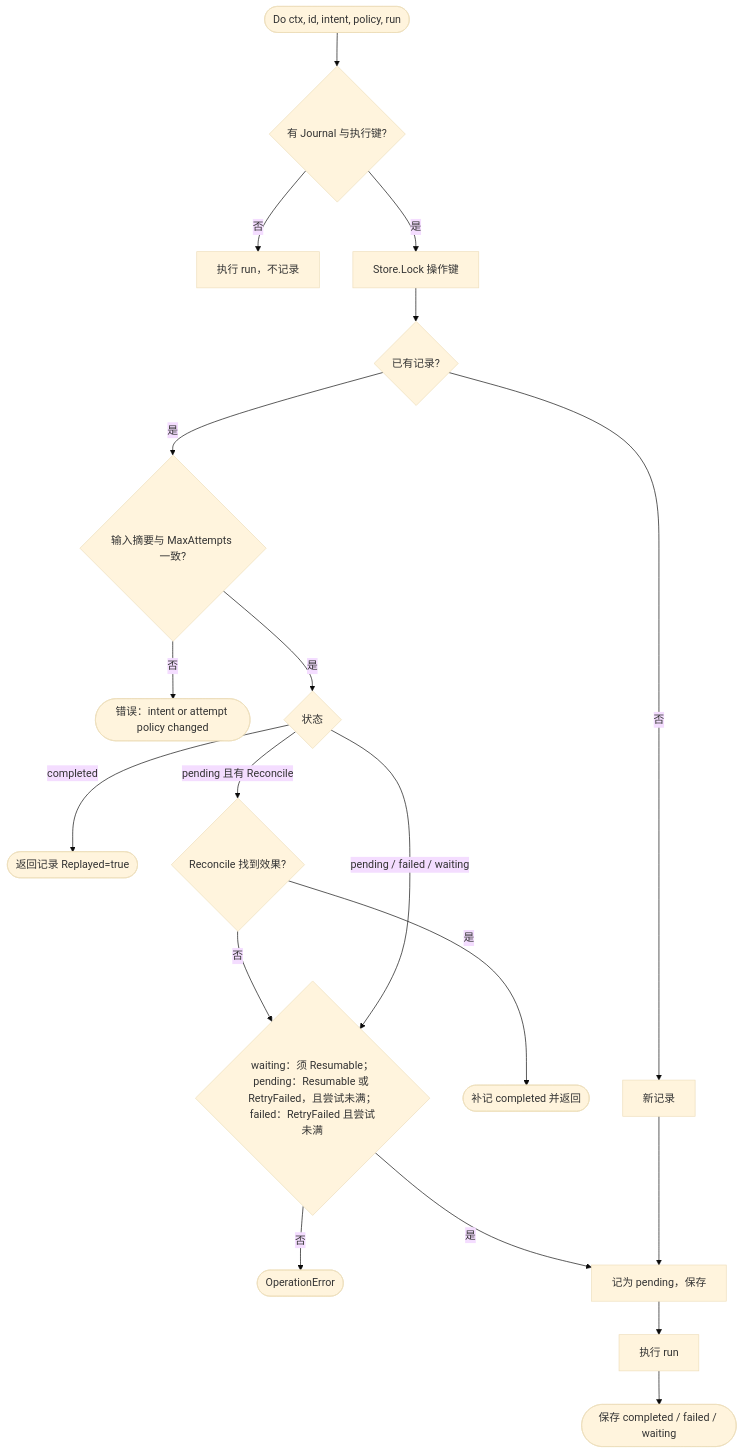
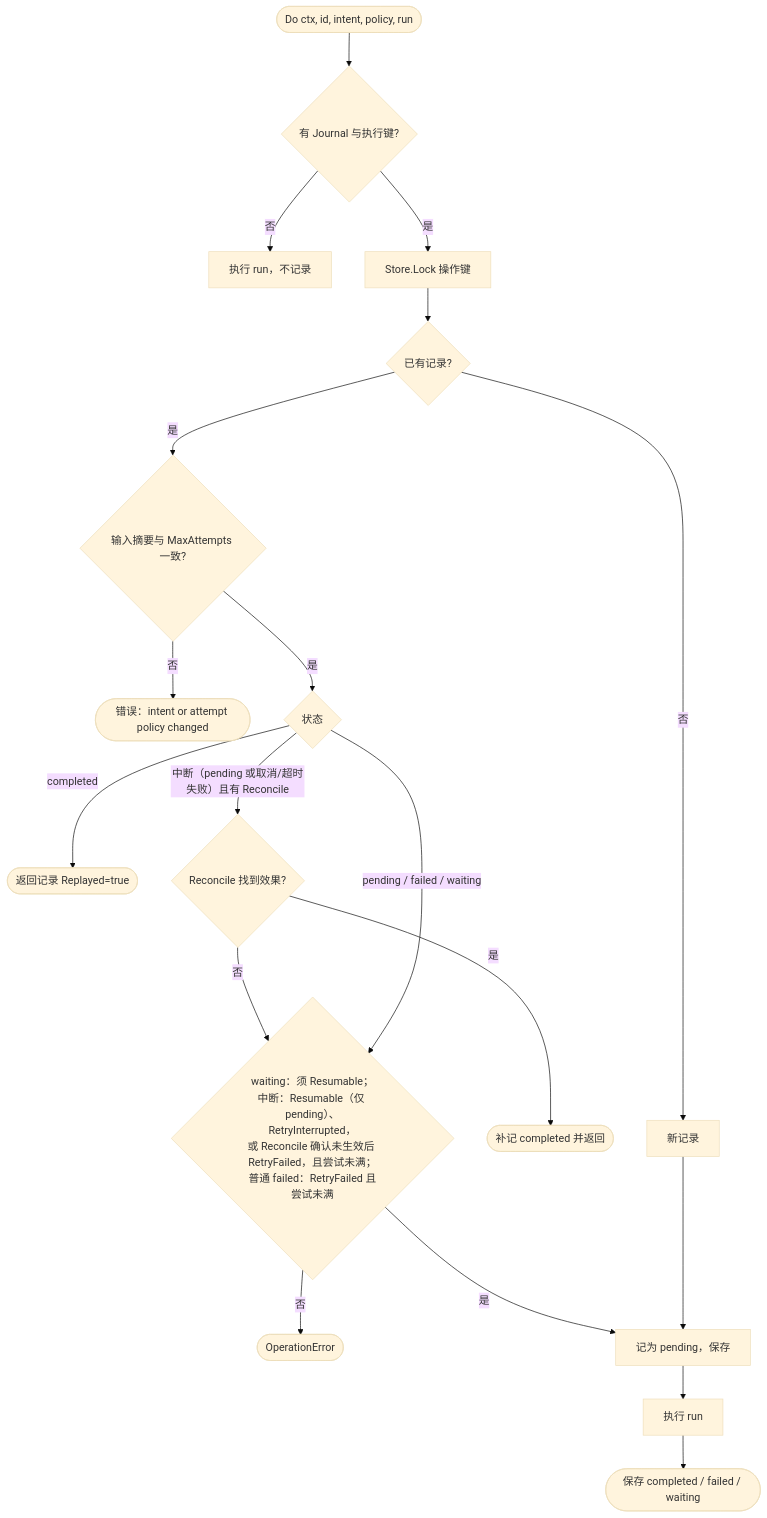
Before and after one commit to kart-io/goagent: the fourth of 5 diagrams in docs/design/FLOW_DIAGRAMS.md, drawn with Mermaid (base theme). The commit also changed other lines of this file and 60 other files, not shown here.

````diff
--- a/docs/design/FLOW_DIAGRAMS.md
+++ b/docs/design/FLOW_DIAGRAMS.md
@@ -107,21 +107,21 @@
 ```mermaid
 flowchart TB
     IN([Do ctx, id, intent, policy, run]) --> J{有 Journal 与执行键?}
     J -->|否| RUN0[执行 run，不记录]
     J -->|是| LOCK[Store.Lock 操作键]
     LOCK --> LOAD{已有记录?}
     LOAD -->|否| NEW[新记录]
     LOAD -->|是| SAME{输入摘要与 MaxAttempts 一致?}
     SAME -->|否| CHG([错误：intent or attempt policy changed])
     SAME -->|是| ST{状态}
     ST -->|completed| REPLAY([返回记录 Replayed=true])
-    ST -->|pending 且有 Reconcile| REC{Reconcile 找到效果?}
+    ST -->|中断（pending 或取消/超时失败）且有 Reconcile| REC{Reconcile 找到效果?}
     REC -->|是| FILL([补记 completed 并返回])
     REC -->|否| RETRY
-    ST -->|pending / failed / waiting| RETRY{waiting：须 Resumable；<br/>pending：Resumable 或 RetryFailed，且尝试未满；<br/>failed：RetryFailed 且尝试未满}
+    ST -->|pending / failed / waiting| RETRY{waiting：须 Resumable；<br/>中断：Resumable（仅 pending）、RetryInterrupted，<br/>或 Reconcile 确认未生效后 RetryFailed，且尝试未满；<br/>普通 failed：RetryFailed 且尝试未满}
     RETRY -->|否| OPERR([OperationError])
     RETRY -->|是| PEND
     NEW --> PEND[记为 pending，保存]
     PEND --> RUN[执行 run]
     RUN --> SAVE([保存 completed / failed / waiting])
 ```
````
